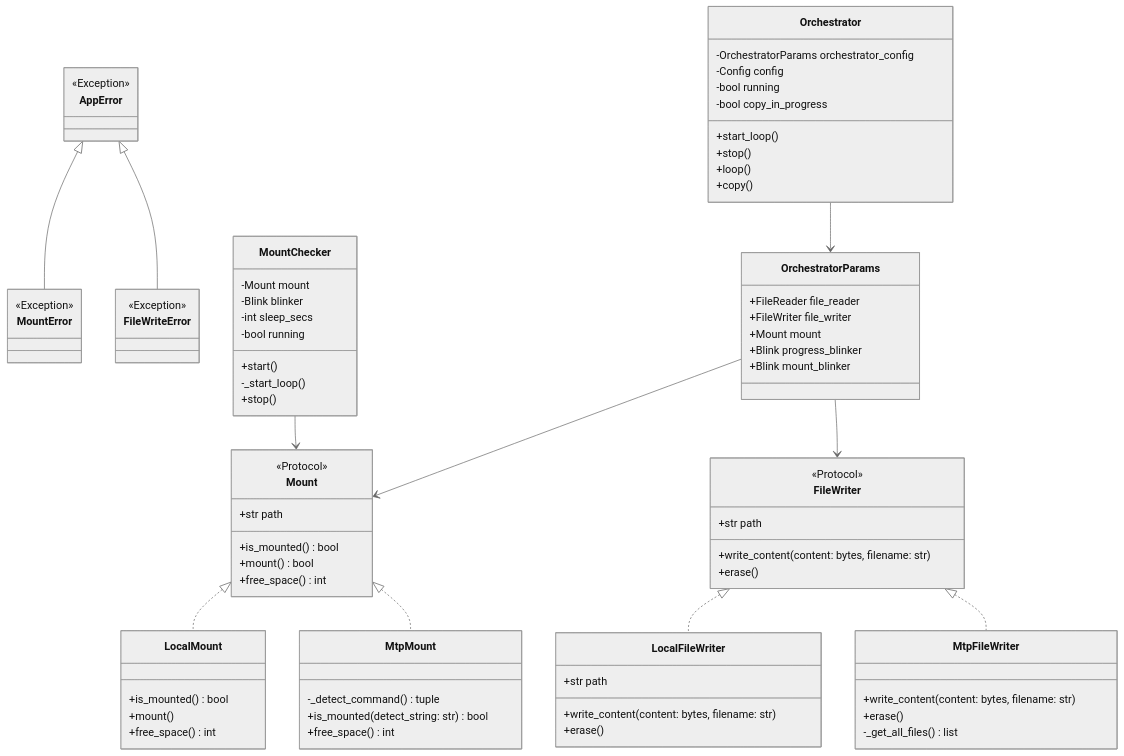
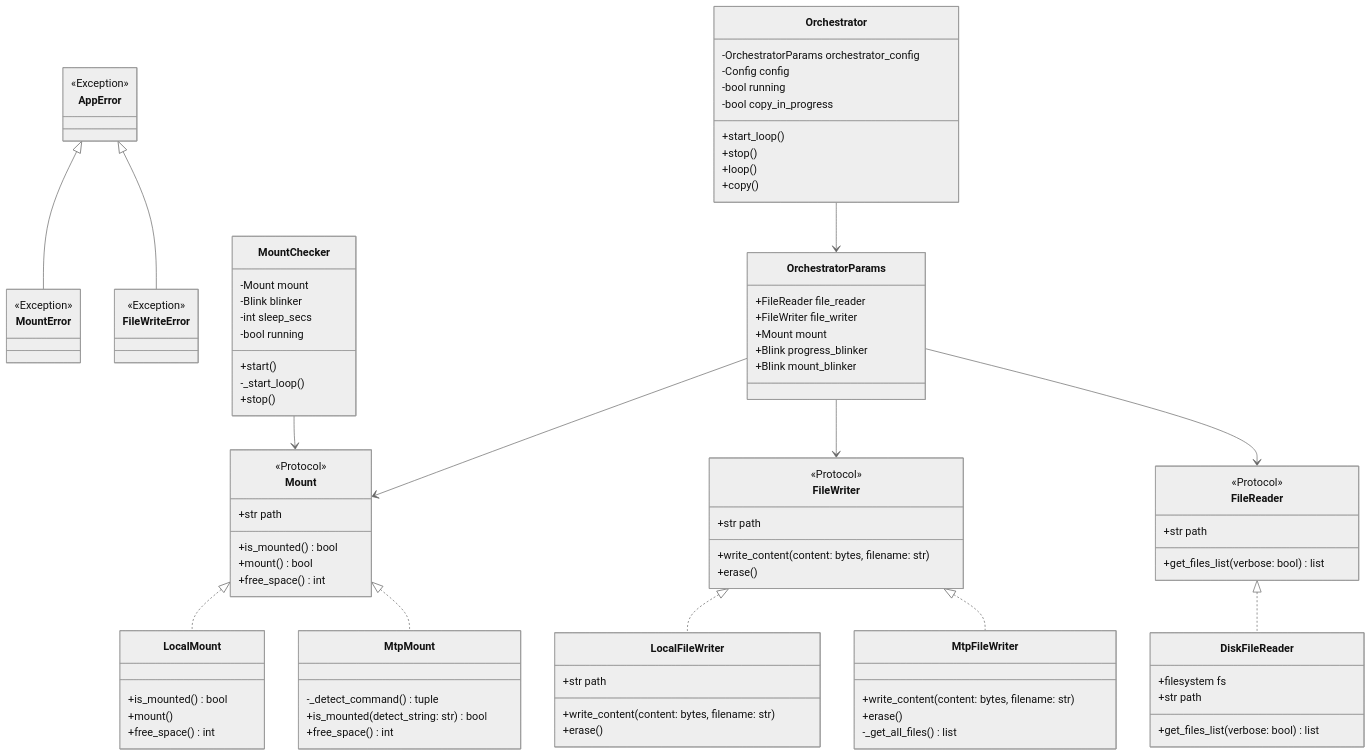
Before and after one commit to engdan77/jamwatch: the diagram in README.md, drawn with Mermaid (neutral theme). The commit also changed other lines of this file, not shown here.

Commit message:
Expand README with project background, installation instructions, configuration examples, and updated class diagram for improved clarity and guidance.

````diff
--- a/README.md
+++ b/README.md
@@ -84,6 +138,18 @@
         +erase()
         -_get_all_files() list
     }
+
+    class FileReader {
+        <<Protocol>>
+        +str path
+        +get_files_list(verbose: bool) list
+    }
+
+    class DiskFileReader {
+        +filesystem fs
+        +str path
+        +get_files_list(verbose: bool) list
+    }
     
     class Orchestrator {
         -OrchestratorParams orchestrator_config
@@ -112,9 +178,12 @@
     
     FileWriter <|.. LocalFileWriter
     FileWriter <|.. MtpFileWriter
+
+    FileReader <|.. DiskFileReader
     
     MountChecker --> Mount
     Orchestrator --> OrchestratorParams
     OrchestratorParams --> Mount
     OrchestratorParams --> FileWriter
+    OrchestratorParams --> FileReader
 ```
````
